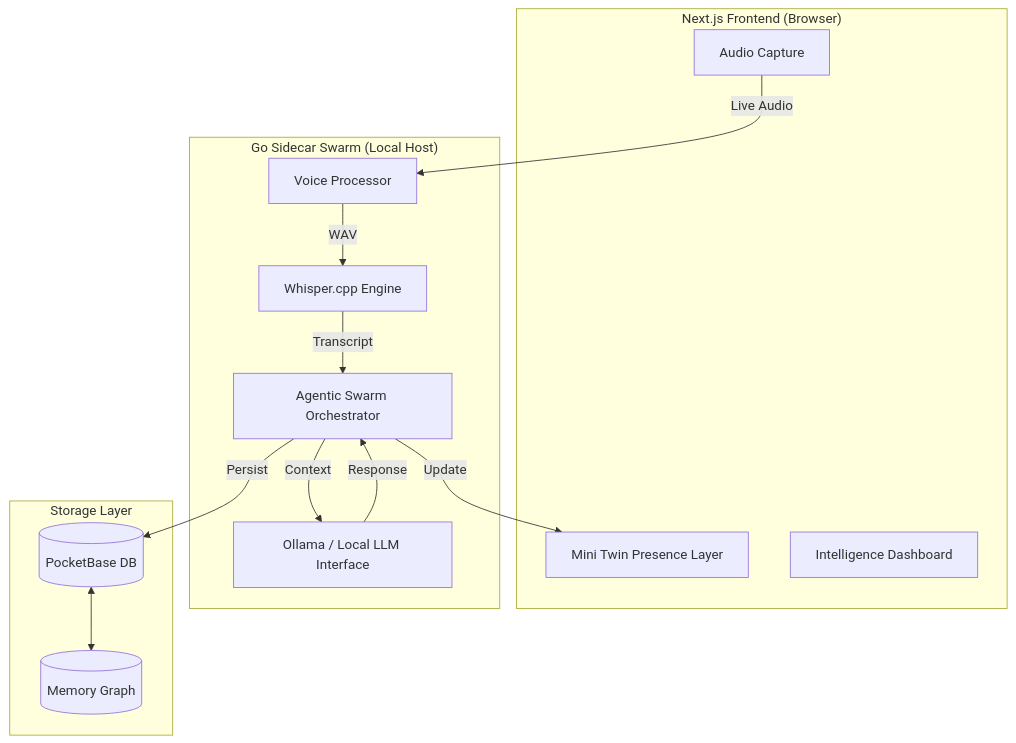
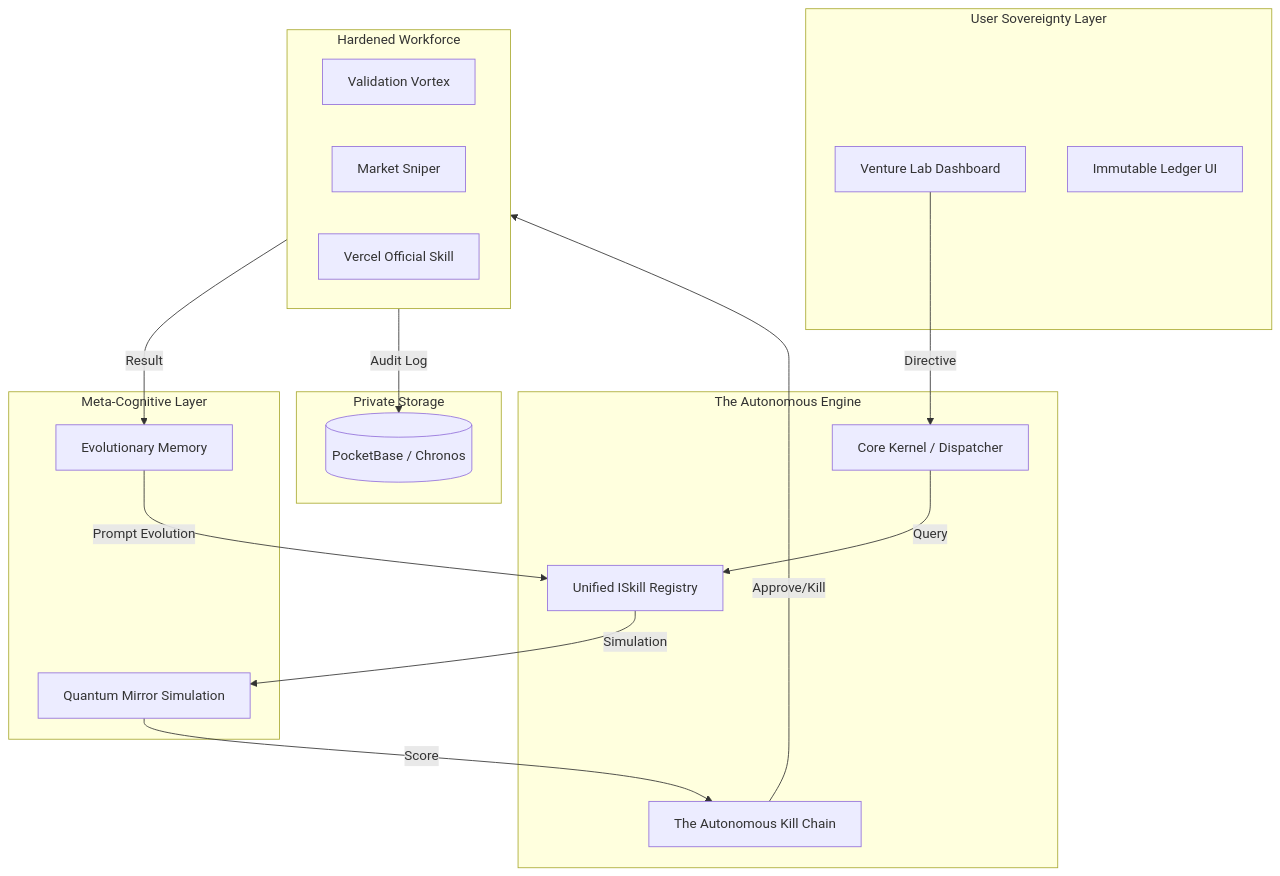
The diagram in docs/architecture.md (Moeabdelaziz007/digitaltwin-local-agent), drawn with Mermaid before and after one commit. The commit also changed other lines of this file and 4 other files, not shown here.

Commit message:
refactor: implement unified ISkill registry architecture and migrate core kernel to support specialized skill execution.

````diff
--- a/docs/architecture.md
+++ b/docs/architecture.md
@@ -7,29 +7,37 @@
 ```mermaid
 flowchart TB
-    subgraph Browser["Next.js Frontend (Browser)"]
-        UI[Mini Twin Presence Layer]
-        Dashboard[Intelligence Dashboard]
-        Mic[Audio Capture]
+    subgraph Control_Plane [User Sovereignty Layer]
+        UI[Venture Lab Dashboard]
+        Audit[Immutable Ledger UI]
     end
 
-    subgraph Sidecar["Go Sidecar Swarm (Local Host)"]
-        Stream[Voice Processor]
-        Swarm[Agentic Swarm Orchestrator]
-        STT[Whisper.cpp Engine]
-        Ollama[Ollama / Local LLM Interface]
+    subgraph Core_Kernel [The Autonomous Engine]
+        Kernel[Core Kernel / Dispatcher]
+        Registry[Unified ISkill Registry]
+        Governance[The Autonomous Kill Chain]
     end
 
-    subgraph Persistence["Storage Layer"]
-        DB[(PocketBase DB)]
-        Graph[(Memory Graph)]
+    subgraph Intelligence [Meta-Cognitive Layer]
+        Memory[Evolutionary Memory]
+        Mirror[Quantum Mirror Simulation]
     end
 
-    Mic -->|Live Audio| Stream
-    Stream -->|WAV| STT
-    STT -->|Transcript| Swarm
-    Swarm -->|Context| Ollama
-    Ollama -->|Response| Swarm
-    Swarm -->|Update| UI
-    Swarm -->|Persist| DB
-    DB <--> Graph
+    subgraph Execution [Hardened Workforce]
+        Vortex[Validation Vortex]
+        Sniper[Market Sniper]
+        Vercel[Vercel Official Skill]
+    end
+
+    subgraph Persistence [Private Storage]
+        DB[(PocketBase / Chronos)]
+    end
+
+    UI -->|Directive| Kernel
+    Kernel -->|Query| Registry
+    Registry -->|Simulation| Mirror
+    Mirror -->|Score| Governance
+    Governance -->|Approve/Kill| Execution
+    Execution -->|Result| Memory
+    Memory -->|Prompt Evolution| Registry
+    Execution -->|Audit Log| DB
 ```
````
